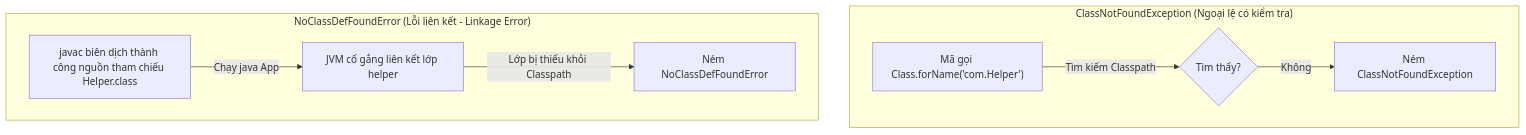
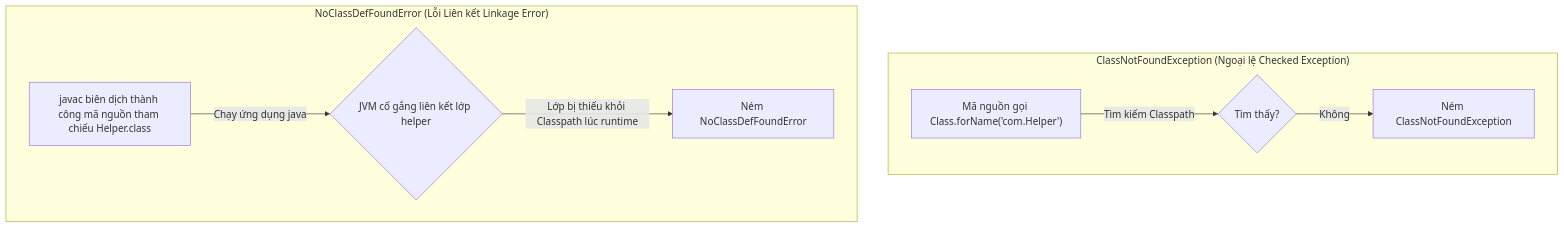
One commit to PhuThien2005/theoretical-of-java-core changed the second of 3 diagrams in vi/38-build-compile-run/theory/01-javac-concepts.md. Above: the diagram before and after it, drawn with Mermaid. The commit also changed other lines of this file and 229 other files, not shown here.

````diff
--- a/vi/38-build-compile-run/theory/01-javac-concepts.md
+++ b/vi/38-build-compile-run/theory/01-javac-concepts.md
@@ -226,11 +218,11 @@
 ```mermaid
 flowchart TD
-    subgraph CNF ["ClassNotFoundException (Ngoại lệ có kiểm tra)"]
-        DynamicLookup["Mã gọi Class.forName('com.Helper')"] -->|Tìm kiếm Classpath| ClasspathQuery{Tìm thấy?}
+    subgraph CNF ["ClassNotFoundException (Ngoại lệ Checked Exception)"]
+        DynamicLookup["Mã nguồn gọi Class.forName('com.Helper')"] -->|Tìm kiếm Classpath| ClasspathQuery{Tìm thấy?}
         ClasspathQuery -->|Không| ThrowCNF["Ném ClassNotFoundException"]
     end
-    subgraph NCDF ["NoClassDefFoundError (Lỗi liên kết - Linkage Error)"]
-        CompOK["javac biên dịch thành công nguồn tham chiếu Helper.class"] -->|Chạy java App| Linkage["JVM cố gắng liên kết lớp helper"]
-        Linkage -->|Lớp bị thiếu khỏi Classpath| ThrowNCDF["Ném NoClassDefFoundError"]
+    subgraph NCDF ["NoClassDefFoundError (Lỗi Liên kết Linkage Error)"]
+        CompOK["javac biên dịch thành công mã nguồn tham chiếu Helper.class"] -->|Chạy ứng dụng java| Linkage{"JVM cố gắng liên kết lớp helper"}
+        Linkage -->|Lớp bị thiếu khỏi Classpath lúc runtime| ThrowNCDF["Ném NoClassDefFoundError"]
     end
 ```
````
